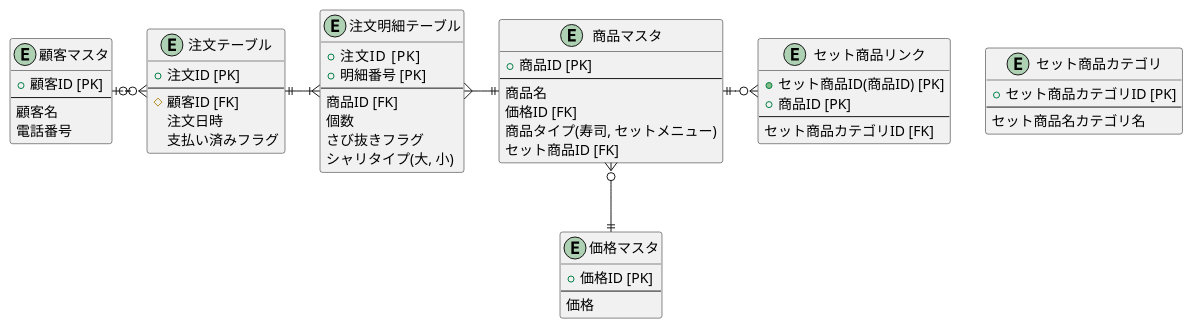
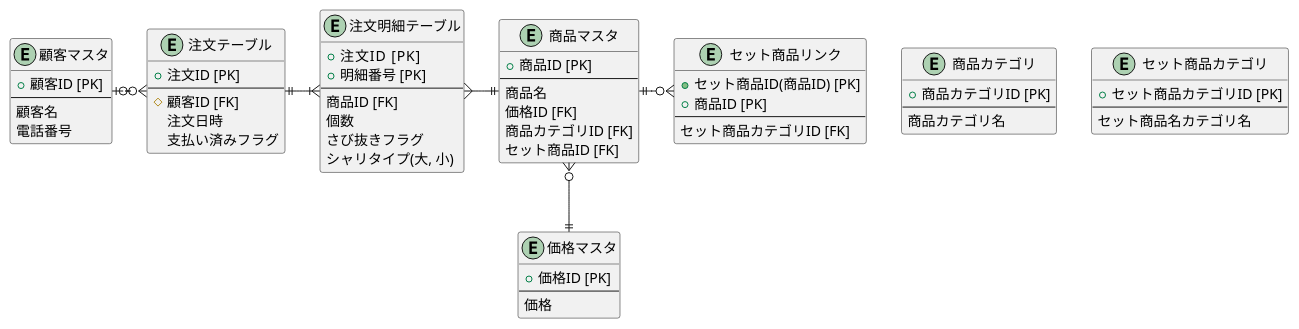
Before and after one commit to cashev/praha-challenge: the diagram in lesson01/task02_01.pu, drawn with PlantUML. The commit also changed 1 other file, not shown here.

```diff
--- a/lesson01/task02_01.pu
+++ b/lesson01/task02_01.pu
@@ -1,94 +1,104 @@
 @startuml
 
 
 entity "顧客マスタ" as customer {
   + 顧客ID [PK]
   --
   顧客名
   電話番号
 }
 
 entity "注文テーブル" as order {
   + 注文ID [PK]
   --
   # 顧客ID [FK]
   注文日時
   支払い済みフラグ
 }
 
 entity "注文明細テーブル" as order_detail {
   + 注文ID   [PK]
   + 明細番号 [PK]
   --
   商品ID [FK]
   個数
   さび抜きフラグ
   シャリタイプ(大, 小)
 }
 
 /'
   セットメニュー, お好みすし
 '/
 entity "商品マスタ" as product {
   + 商品ID [PK]
   --
   商品名
   価格ID [FK]
-  商品タイプ(寿司, セットメニュー)
+  商品カテゴリID [FK]
   セット商品ID [FK]
 }
 
 /'
-  セットメニューの寿司ネタをリンクする
+  商品カテゴリ
+  例:セットメニュー, お好みすし, デザート
+'/
+entity "商品カテゴリ" as product_category {
+  + 商品カテゴリID [PK]
+  --
+  商品カテゴリ名
+}
+
+/'
+  セットメニューの寿司ネタ, 商品カテゴリをリンクする
 '/
 entity "セット商品リンク" as set_product {
   + セット商品ID(商品ID) [PK]
   + 商品ID [PK]
   --
   セット商品カテゴリID [FK]
 }
 
 /'
   セット商品のカテゴリ名
   例:盛り込み、にぎり
 '/
 entity "セット商品カテゴリ" as set_product_category {
   + セット商品カテゴリID [PK]
   --
   セット商品名カテゴリ名
 }
 
 /'
   価格IDで価格を管理
 
   いけていない点
     寿司の皿ごとに値段を設定可能だが、
     セットメニューそれぞれに価格IDが必要
 '/
 entity "価格マスタ" as price {
   + 価格ID [PK]
   --
   価格
 }
 
 /'
   関係性
   ------   :1
   ----||   :1 and only 1
   ----o|   :0 or 1
   -----{   :many
   ----|{   :1 or more
   ----o{   :0 or many
 
   entityの位置
   ri ...right
   le ...left
   do ...down
 '/
 customer       |o-ri-o{     order
 order          ||-ri-|{     order_detail
 order_detail   }-ri-||      product
 product        ||-ri-o{     set_product
 product        }o-do-||     price
 
 @enduml
```
